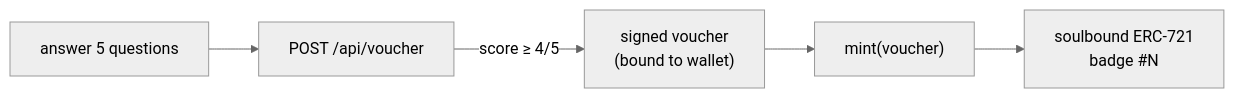
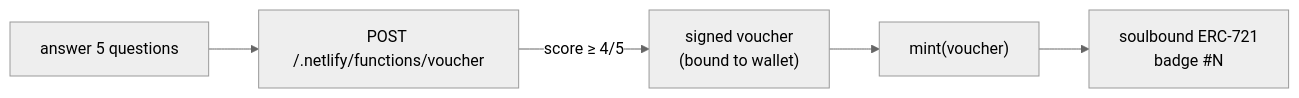
Before and after one commit to DruxAMB/bot-badge: the diagram in README.md, drawn with Mermaid (neutral theme). The commit also changed other lines of this file and 7 other files, not shown here.

````diff
--- a/README.md
+++ b/README.md
@@ -32,7 +32,7 @@
 ```mermaid
 flowchart LR
-    A["answer 5 questions"] --> B["POST /api/voucher"]
+    A["answer 5 questions"] --> B["POST /.netlify/functions/voucher"]
     B -->|"score ≥ 4/5"| C["signed voucher<br/>(bound to wallet)"]
     C --> D["mint(voucher)"]
     D --> E["soulbound ERC-721<br/>badge #N"]
 ```
````
